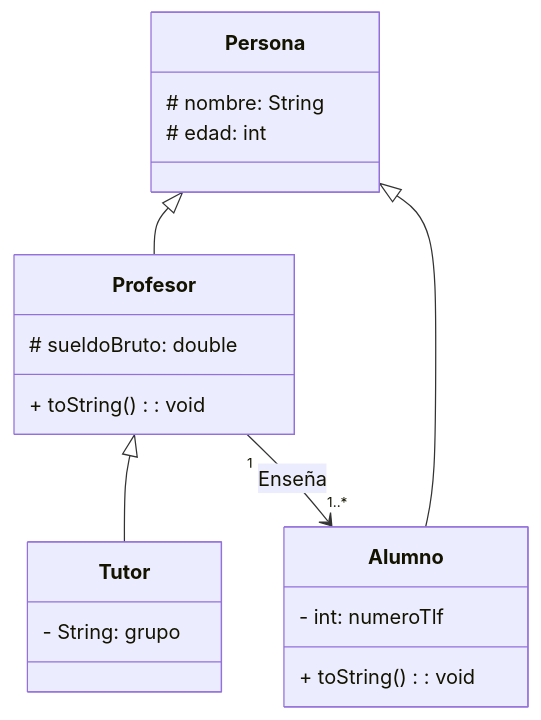
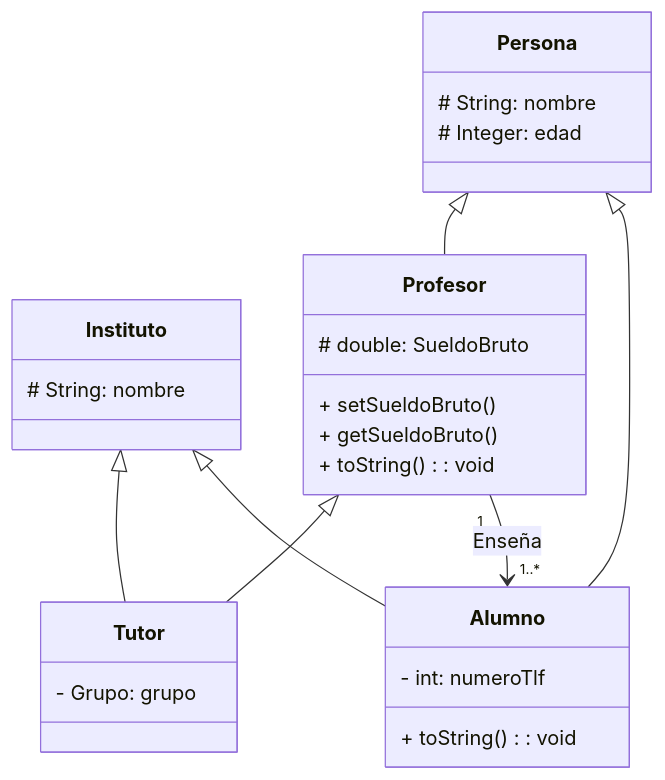
The diagram in EEDD/PracticaUML/Ejer_1.md (AngelRagel05/Angel-1DAW), drawn with Mermaid before and after one commit. The commit also changed 6 other files, not shown here.

````diff
--- a/EEDD/PracticaUML/Ejer_1.md
+++ b/EEDD/PracticaUML/Ejer_1.md
@@ -1,28 +1,37 @@
 ```mermaid
     classDiagram
 
-        class Persona {
-            # nombre: String
-            # edad: int
+        class Instituto {
+            # String: nombre 
         }
 
-        class Profesor {
-            # sueldoBruto: double
-            + toString() : void
+        class Persona {
+            # String: nombre
+            # Integer: edad
         }
 
         class Alumno {
             - int: numeroTlf
-            + toString() : void
+            + toString(): void
+        }
+
+        class Profesor {
+            # double: SueldoBruto
+            + setSueldoBruto()
+            + getSueldoBruto() 
+            + toString(): void
         }
 
         class Tutor {
-            - String: grupo
+            - Grupo: grupo
         }
 
     Persona <|-- Profesor
     Persona <|-- Alumno
     Profesor <|-- Tutor
+    Instituto <|-- Tutor
+    Instituto <|-- Alumno
 
     Profesor "1" --> "1..*" Alumno: Enseña
+    
 ```
````
